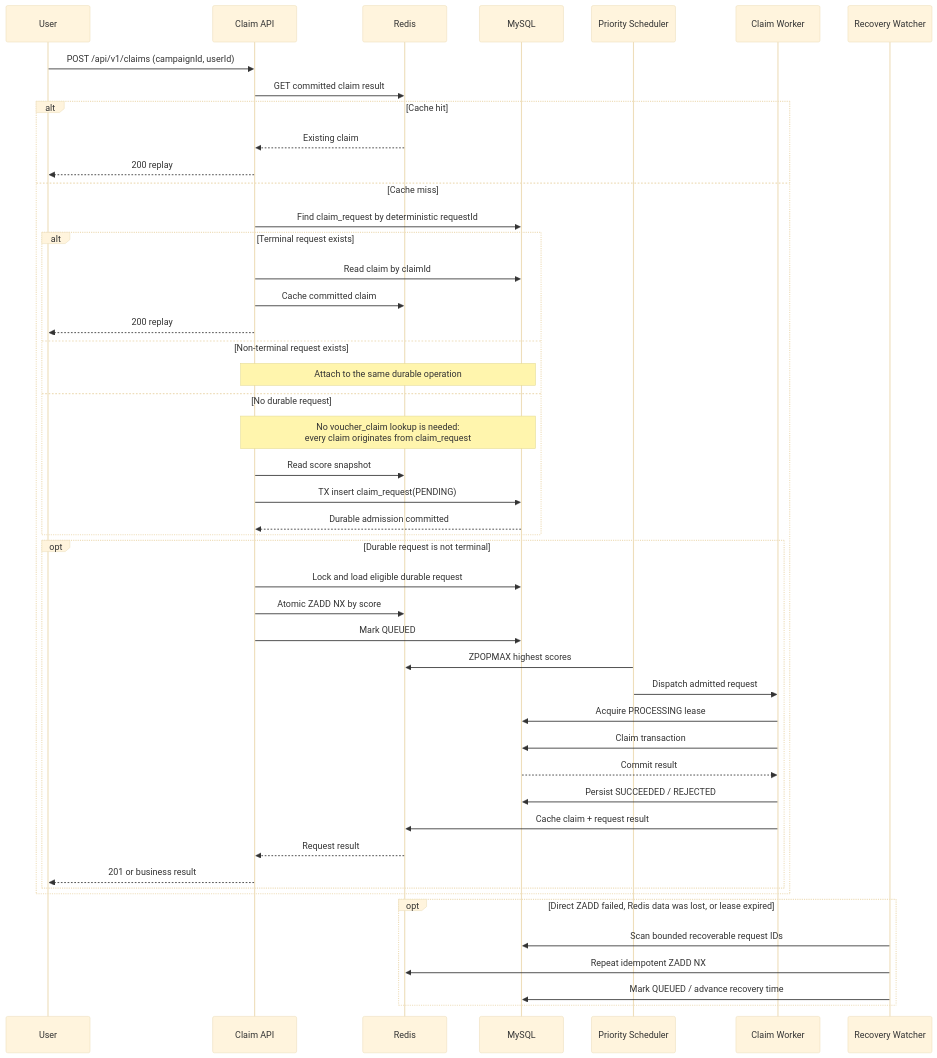
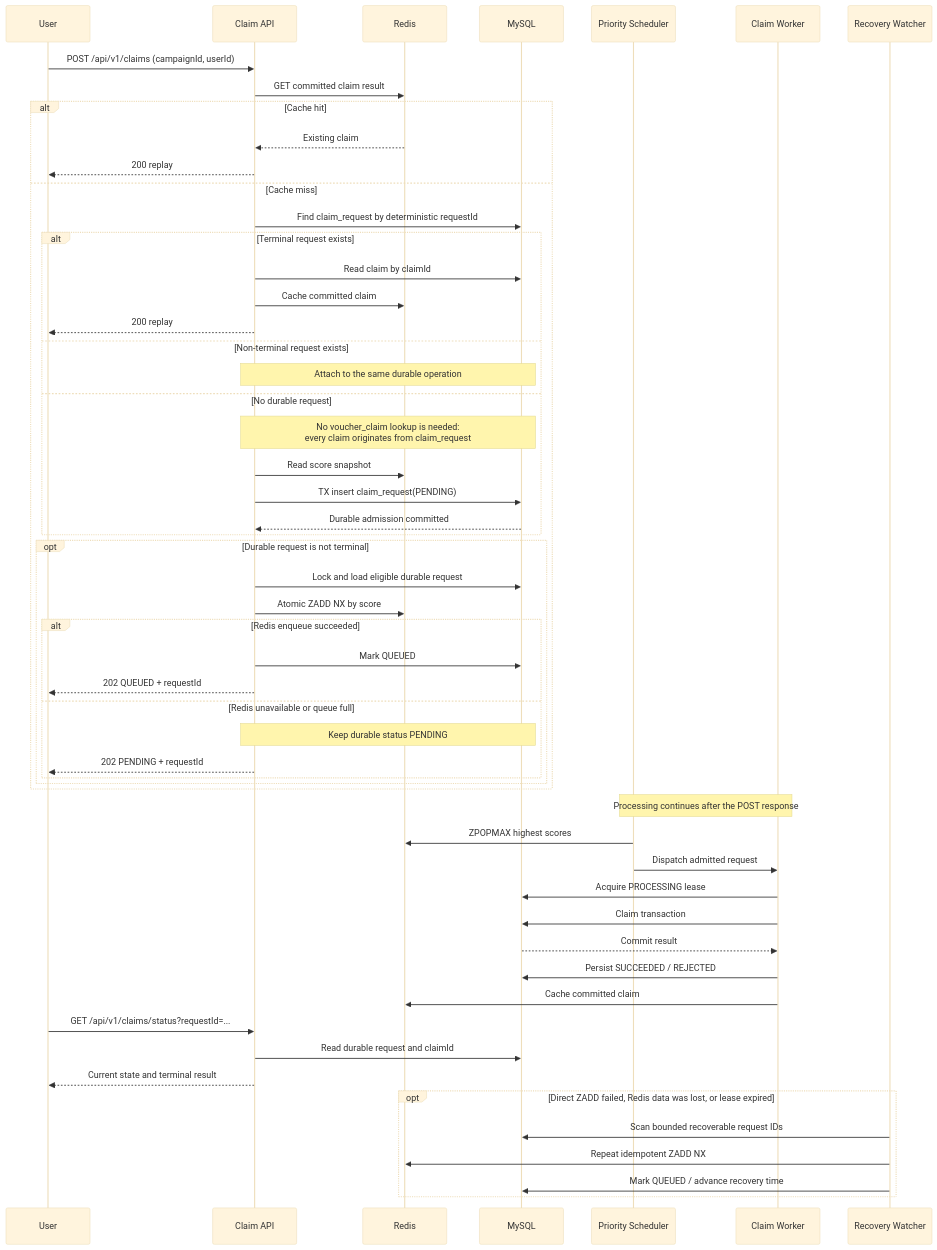
Before and after one commit to PhamDinhDuy-2508/Voucher-claim-system: the tenth of 14 diagrams in SOLUTION.md, drawn with Mermaid (base theme). The commit also changed other lines of this file and 23 other files, not shown here.

````diff
--- a/SOLUTION.md
+++ b/SOLUTION.md
@@ -465,50 +468,59 @@
 ```mermaid
 sequenceDiagram
     participant U as User
     participant API as Claim API
     participant R as Redis
     participant DB as MySQL
     participant S as Priority Scheduler
     participant W as Claim Worker
     participant RW as Recovery Watcher
 
     U->>API: POST /api/v1/claims (campaignId, userId)
     API->>R: GET committed claim result
     alt Cache hit
         R-->>API: Existing claim
         API-->>U: 200 replay
     else Cache miss
         API->>DB: Find claim_request by deterministic requestId
         alt Terminal request exists
             API->>DB: Read claim by claimId
             API->>R: Cache committed claim
             API-->>U: 200 replay
         else Non-terminal request exists
             Note over API,DB: Attach to the same durable operation
         else No durable request
             Note over API,DB: No voucher_claim lookup is needed:<br/>every claim originates from claim_request
             API->>R: Read score snapshot
             API->>DB: TX insert claim_request(PENDING)
             DB-->>API: Durable admission committed
         end
         opt Durable request is not terminal
             API->>DB: Lock and load eligible durable request
             API->>R: Atomic ZADD NX by score
-            API->>DB: Mark QUEUED
-            S->>R: ZPOPMAX highest scores
-            S->>W: Dispatch admitted request
-            W->>DB: Acquire PROCESSING lease
-            W->>DB: Claim transaction
-            DB-->>W: Commit result
-            W->>DB: Persist SUCCEEDED / REJECTED
-            W->>R: Cache claim + request result
-            R-->>API: Request result
-            API-->>U: 201 or business result
+            alt Redis enqueue succeeded
+                API->>DB: Mark QUEUED
+                API-->>U: 202 QUEUED + requestId
+            else Redis unavailable or queue full
+                Note over API,DB: Keep durable status PENDING
+                API-->>U: 202 PENDING + requestId
+            end
         end
     end
+
+    Note over S,W: Processing continues after the POST response
+    S->>R: ZPOPMAX highest scores
+    S->>W: Dispatch admitted request
+    W->>DB: Acquire PROCESSING lease
+    W->>DB: Claim transaction
+    DB-->>W: Commit result
+    W->>DB: Persist SUCCEEDED / REJECTED
+    W->>R: Cache committed claim
+    U->>API: GET /api/v1/claims/status?requestId=...
+    API->>DB: Read durable request and claimId
+    API-->>U: Current state and terminal result
     opt Direct ZADD failed, Redis data was lost, or lease expired
         RW->>DB: Scan bounded recoverable request IDs
         RW->>R: Repeat idempotent ZADD NX
         RW->>DB: Mark QUEUED / advance recovery time
     end
 ```
````
